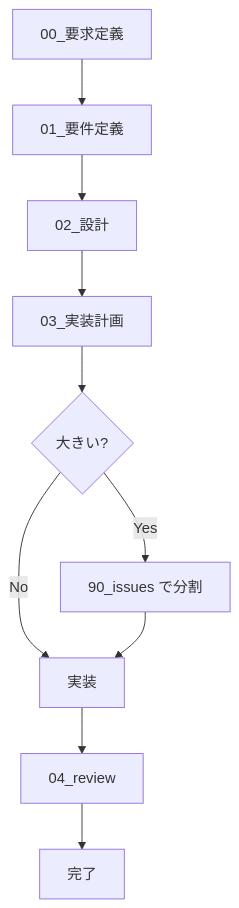
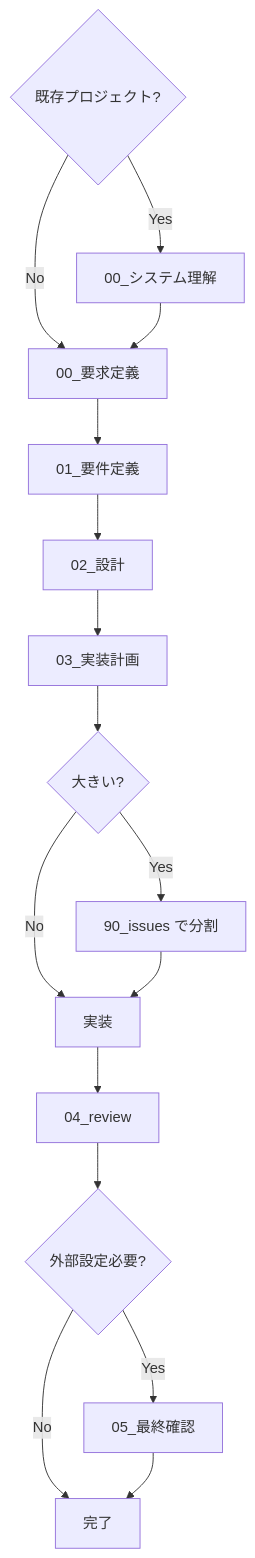
The diagram in AGENTS_AI_PLAYBOOK.md (techbeansjp-free/AGENTS.md), drawn with Mermaid before and after one commit. The commit also changed other lines of this file and 10 other files, not shown here.

````diff
--- a/AGENTS_AI_PLAYBOOK.md
+++ b/AGENTS_AI_PLAYBOOK.md
@@ -66,12 +69,18 @@
 ```mermaid
 flowchart TD
-  R0[00_要求定義] --> R1[01_要件定義]
+  START{既存プロジェクト?} -->|Yes| SU[00_システム理解]
+  START -->|No| R0[00_要求定義]
+  SU --> R0
+  R0 --> R1[01_要件定義]
   R1 --> R2[02_設計]
   R2 --> R3[03_実装計画]
   R3 --> R4{大きい?}
   R4 -->|Yes| R5[90_issues で分割]
   R4 -->|No| E[実装]
   R5 --> E
   E --> RV[04_review]
-  RV --> DONE[完了]
+  RV --> FC{外部設定必要?}
+  FC -->|Yes| FC2[05_最終確認]
+  FC -->|No| DONE[完了]
+  FC2 --> DONE
 ```
````
